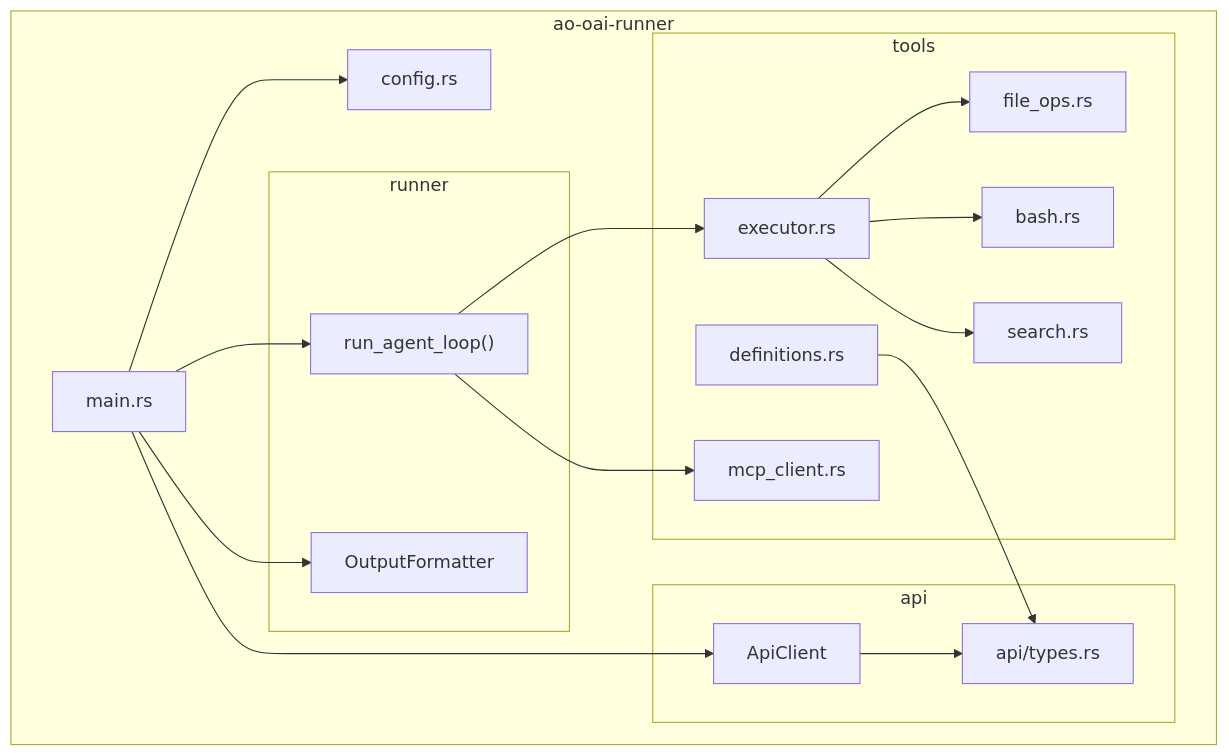
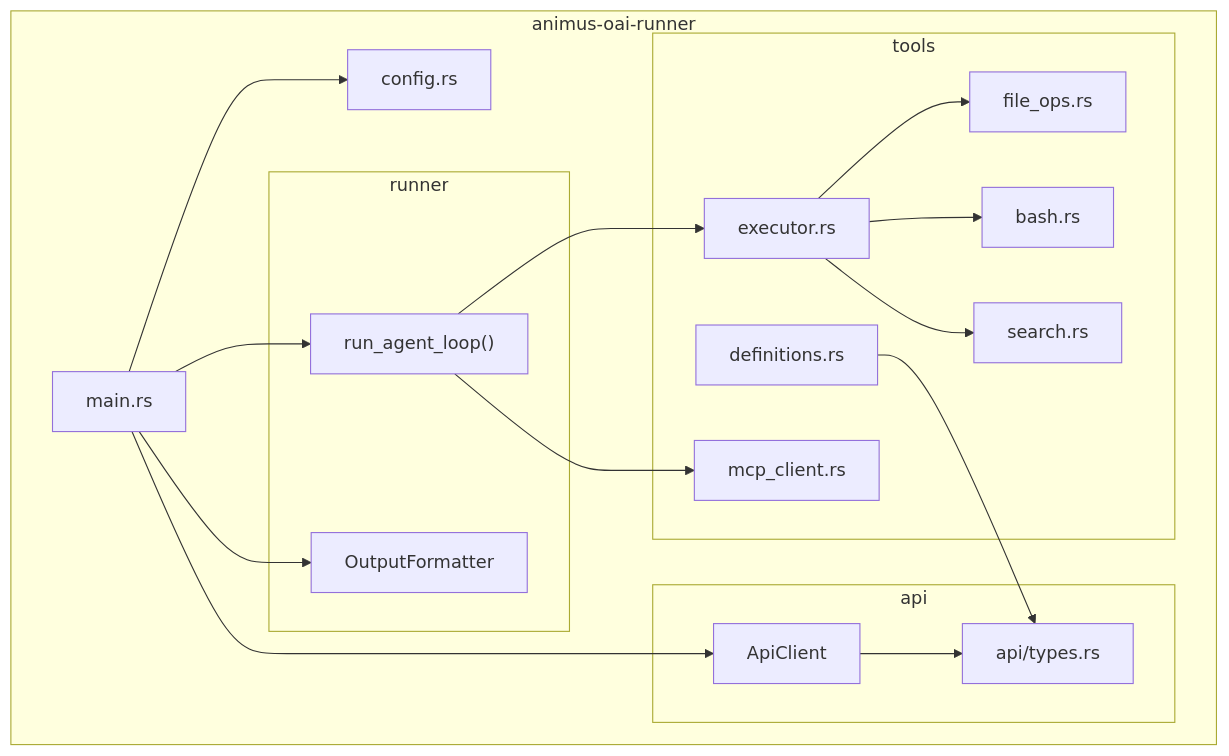
One commit to launchapp-dev/ao-cli changed the first of 2 diagrams in crates/oai-runner/README.md. Above: the diagram before and after it, drawn with Mermaid. The commit also changed other lines of this file and 414 other files, not shown here.

First line of the commit message:
v0.4.0: full rename to animus + plugin protocol crates + skill rearchitect

````diff
--- a/crates/oai-runner/README.md
+++ b/crates/oai-runner/README.md
@@ -15,38 +15,38 @@
 ```mermaid
 graph TB
-    subgraph "ao-oai-runner"
+    subgraph "animus-oai-runner"
         MAIN["main.rs"]
         CONFIG["config.rs"]
 
         subgraph "api"
             CLIENT["ApiClient"]
             TYPES["api/types.rs"]
         end
 
         subgraph "runner"
             LOOP["run_agent_loop()"]
             OUTPUT["OutputFormatter"]
         end
 
         subgraph "tools"
             DEFS["definitions.rs"]
             EXEC["executor.rs"]
             FILES["file_ops.rs"]
             BASH["bash.rs"]
             SEARCH["search.rs"]
             MCP["mcp_client.rs"]
         end
     end
 
     MAIN --> CONFIG
     MAIN --> CLIENT
     MAIN --> LOOP
     MAIN --> OUTPUT
     LOOP --> EXEC
     LOOP --> MCP
     EXEC --> FILES
     EXEC --> BASH
     EXEC --> SEARCH
     CLIENT --> TYPES
     DEFS --> TYPES
 ```
````
